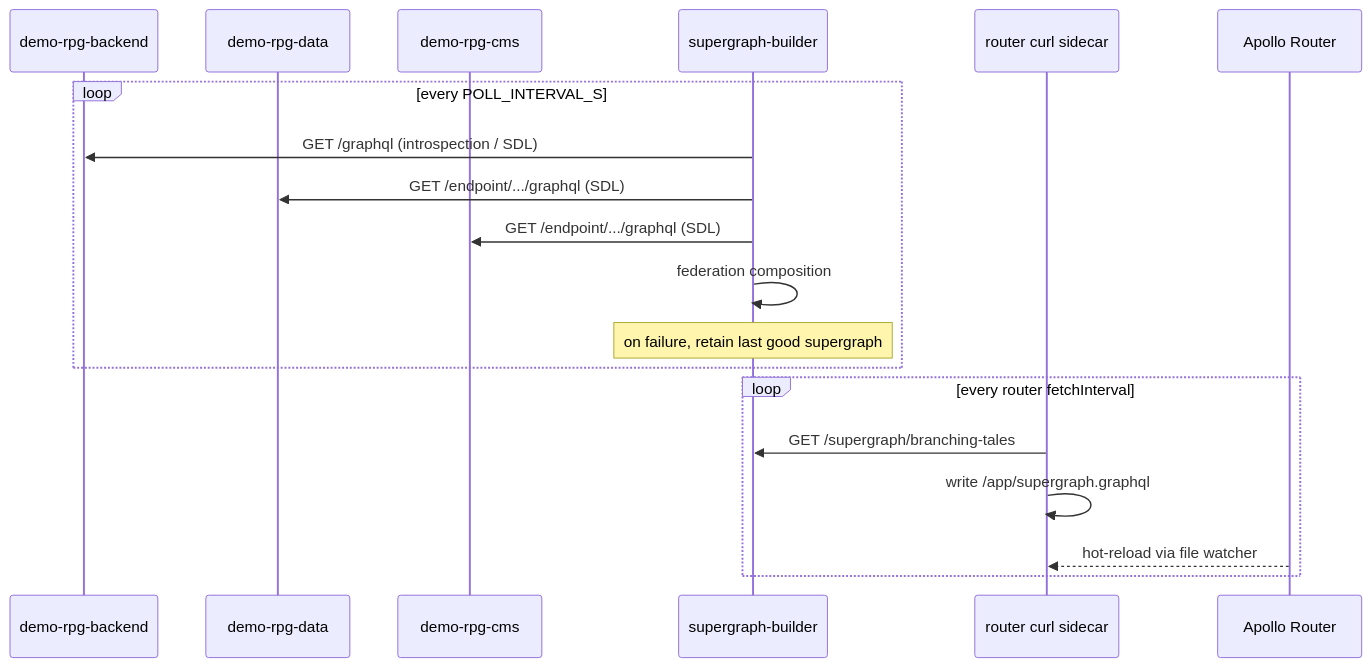
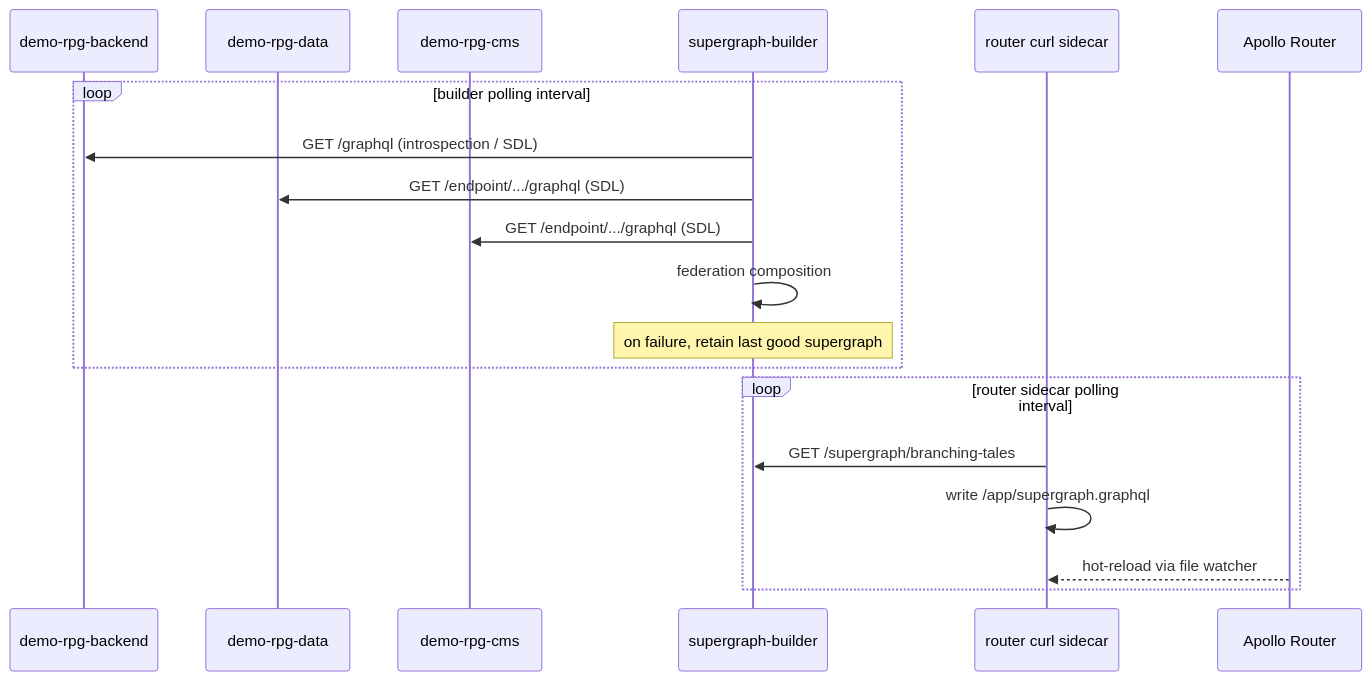
One commit to revisium/demo-rpg-docs changed the diagram in architecture/runtime-flows/schema-reconciliation.md. Above: the diagram before and after it, drawn with Mermaid. The commit also changed other lines of this file and 23 other files, not shown here.

````diff
--- a/architecture/runtime-flows/schema-reconciliation.md
+++ b/architecture/runtime-flows/schema-reconciliation.md
@@ -23,23 +22,23 @@
 ```mermaid
 sequenceDiagram
   participant BE as demo-rpg-backend
   participant DATA as demo-rpg-data
   participant CMS as demo-rpg-cms
   participant SB as supergraph-builder
   participant SC as router curl sidecar
   participant AR as Apollo Router
 
-  loop every POLL_INTERVAL_S
+  loop builder polling interval
     SB->>BE: GET /graphql (introspection / SDL)
     SB->>DATA: GET /endpoint/.../graphql (SDL)
     SB->>CMS: GET /endpoint/.../graphql (SDL)
     SB->>SB: federation composition
     Note over SB: on failure, retain last good supergraph
   end
 
-  loop every router fetchInterval
+  loop router sidecar polling interval
     SC->>SB: GET /supergraph/branching-tales
     SC->>SC: write /app/supergraph.graphql
     AR-->>SC: hot-reload via file watcher
   end
 ```
````
